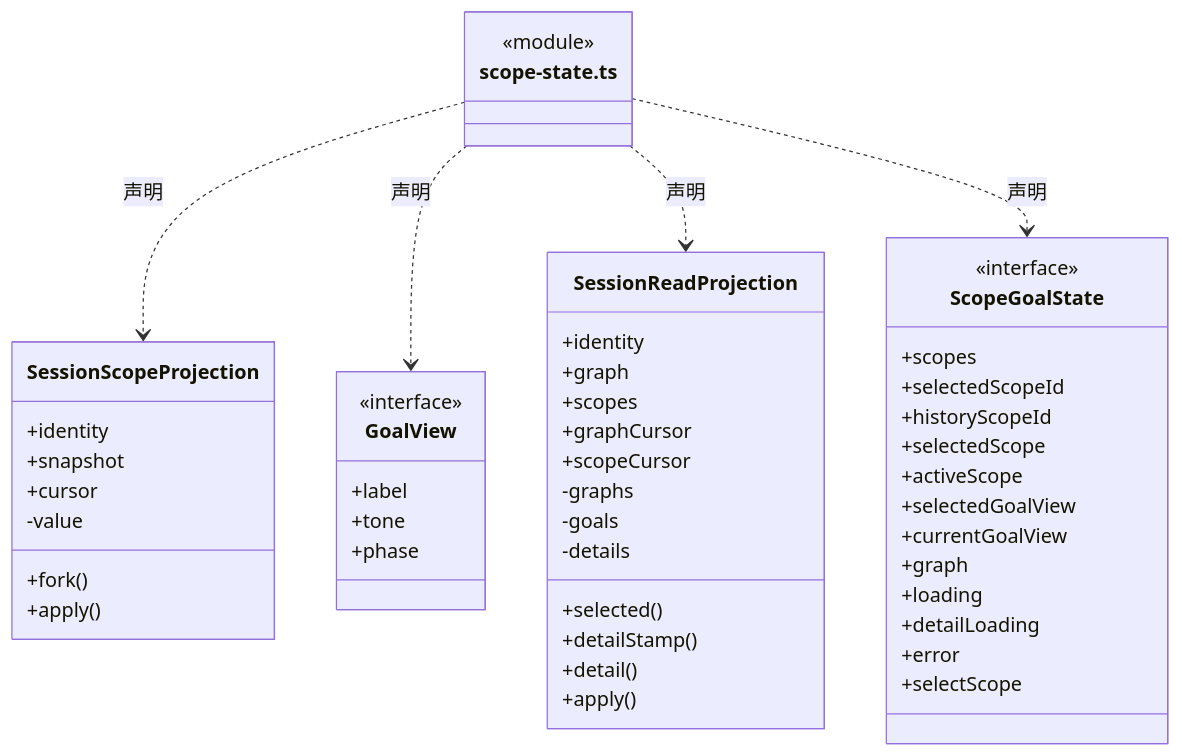
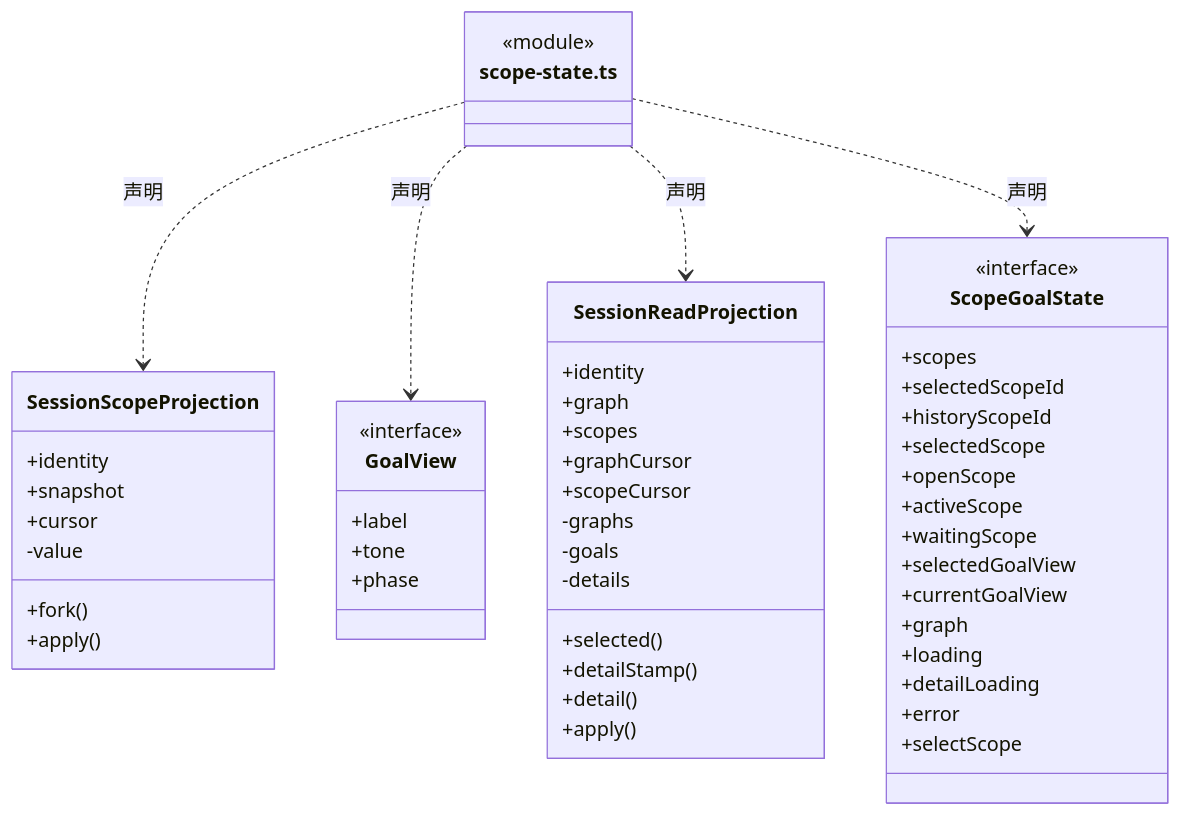
Diagram 15 of 29 in src/frontend/tasks/ARCHITECTURE.md (nan023062/cbim), drawn with Mermaid before and after one commit. The commit also changed other lines of this file and 49 other files, not shown here.

````diff
--- a/src/frontend/tasks/ARCHITECTURE.md
+++ b/src/frontend/tasks/ARCHITECTURE.md
@@ -257,53 +257,55 @@
 ```mermaid
 classDiagram
 class N_src_frontend_tasks_scope_state_ts["scope-state.ts"] {
   <<module>>
 }
 class N_src_frontend_tasks_scope_state_ts_SessionScopeProjection["SessionScopeProjection"] {
   +identity
   +snapshot
   +cursor
   +fork()
   +apply()
   -value
 }
 N_src_frontend_tasks_scope_state_ts ..> N_src_frontend_tasks_scope_state_ts_SessionScopeProjection : 声明
 class N_src_frontend_tasks_scope_state_ts_GoalView["GoalView"] {
   <<interface>>
   +label
   +tone
   +phase
 }
 N_src_frontend_tasks_scope_state_ts ..> N_src_frontend_tasks_scope_state_ts_GoalView : 声明
 class N_src_frontend_tasks_scope_state_ts_SessionReadProjection["SessionReadProjection"] {
   +identity
   +graph
   +scopes
   +graphCursor
   +scopeCursor
   +selected()
   +detailStamp()
   +detail()
   +apply()
   -graphs
   -goals
   -details
 }
 N_src_frontend_tasks_scope_state_ts ..> N_src_frontend_tasks_scope_state_ts_SessionReadProjection : 声明
 class N_src_frontend_tasks_scope_state_ts_ScopeGoalState["ScopeGoalState"] {
   <<interface>>
   +scopes
   +selectedScopeId
   +historyScopeId
   +selectedScope
+  +openScope
   +activeScope
+  +waitingScope
   +selectedGoalView
   +currentGoalView
   +graph
   +loading
   +detailLoading
   +error
   +selectScope
 }
 N_src_frontend_tasks_scope_state_ts ..> N_src_frontend_tasks_scope_state_ts_ScopeGoalState : 声明
 ```
````
